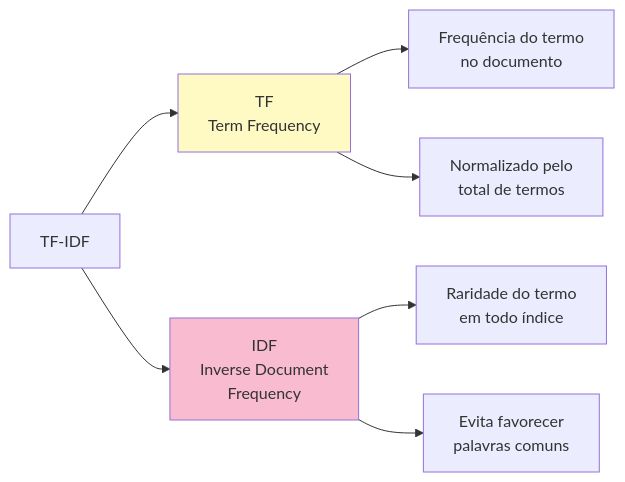
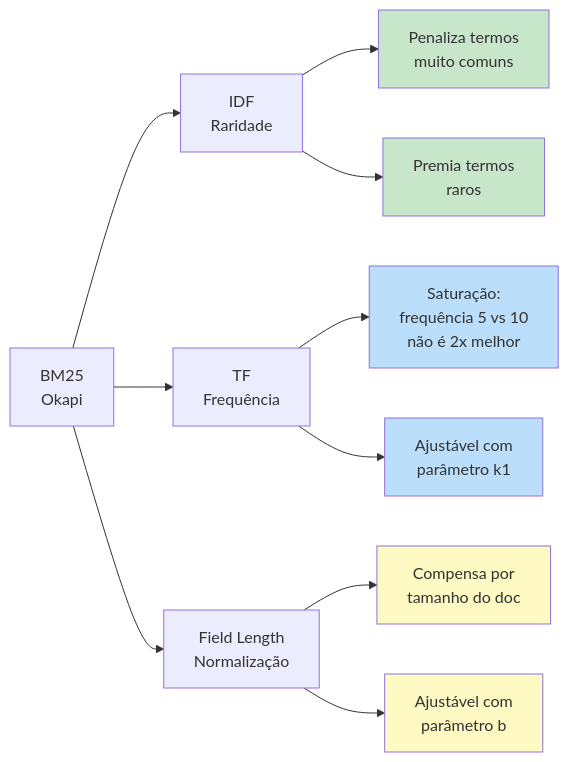
Diagram 11 of 24 in capitulos/02_conceitos.md (tornis/ebook-opensearch), drawn with Mermaid before and after one commit. The commit also changed other lines of this file, not shown here.

````diff
--- a/capitulos/02_conceitos.md
+++ b/capitulos/02_conceitos.md
@@ -740,14 +1338,22 @@
 ```mermaid
 graph LR
-    A["TF-IDF"] --> B["TF<br/>Term Frequency"]
-    A --> C["IDF<br/>Inverse Document<br/>Frequency"]
-    
-    B --> B1["Frequência do termo<br/>no documento"]
-    B --> B2["Normalizado pelo<br/>total de termos"]
-    
-    C --> C1["Raridade do termo<br/>em todo índice"]
-    C --> C2["Evita favorecer<br/>palavras comuns"]
-    
-    style B fill:#fff9c4
-    style C fill:#f8bbd0
+    A["BM25<br/>Okapi"] --> B["IDF<br/>Raridade"]
+    A --> C["TF<br/>Frequência"]
+    A --> D["Field Length<br/>Normalização"]
+
+    B --> B1["Penaliza termos<br/>muito comuns"]
+    B --> B2["Premia termos<br/>raros"]
+
+    C --> C1["Saturação:<br/>frequência 5 vs 10<br/>não é 2x melhor"]
+    C --> C2["Ajustável com<br/>parâmetro k1"]
+
+    D --> D1["Compensa por<br/>tamanho do doc"]
+    D --> D2["Ajustável com<br/>parâmetro b"]
+
+    style B1 fill:#c8e6c9
+    style B2 fill:#c8e6c9
+    style C1 fill:#bbdefb
+    style C2 fill:#bbdefb
+    style D1 fill:#fff9c4
+    style D2 fill:#fff9c4
 ```
````
